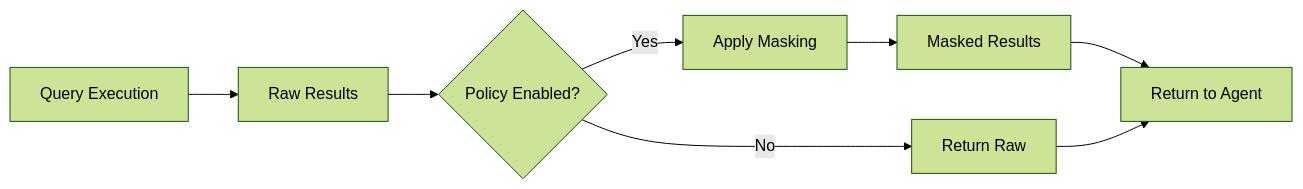
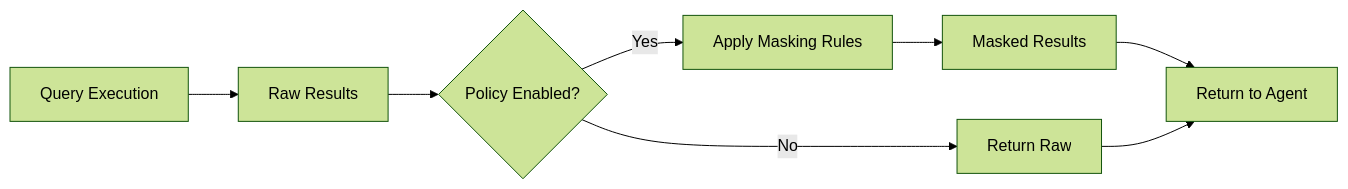
One commit to diogofelizardo/docs changed the diagram in en/security/data-masking.mdx. Above: the diagram before and after it, drawn with Mermaid (forest theme). The commit also changed other lines of this file and 15 other files, not shown here.

````diff
--- a/en/security/data-masking.mdx
+++ b/en/security/data-masking.mdx
@@ -14,10 +16,10 @@
 ```mermaid
 graph LR
     A[Query Execution] --> B[Raw Results]
     B --> C{Policy Enabled?}
-    C -->|Yes| D[Apply Masking]
+    C -->|Yes| D[Apply Masking Rules]
     C -->|No| E[Return Raw]
     D --> F[Masked Results]
     F --> G[Return to Agent]
     E --> G
 ```
````
